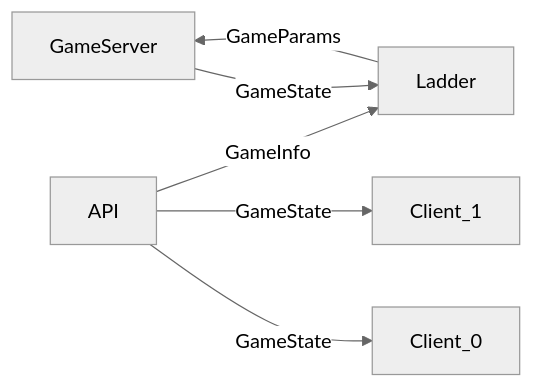
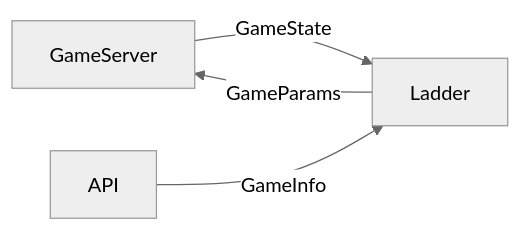
Before and after one commit to pickles976/ai-arena-ladder: the diagram in multiplayer/readme.md, drawn with Mermaid (neutral theme).

````diff
--- a/multiplayer/readme.md
+++ b/multiplayer/readme.md
@@ -23,8 +23,6 @@
 ```mermaid
 graph LR;
     GameServer-->|GameState|Ladder;
     Ladder-->|GameParams|GameServer;
-    API-->|GameState|Client_0;
-    API-->|GameState|Client_1;
     API-->|GameInfo|Ladder;
 ```
````
